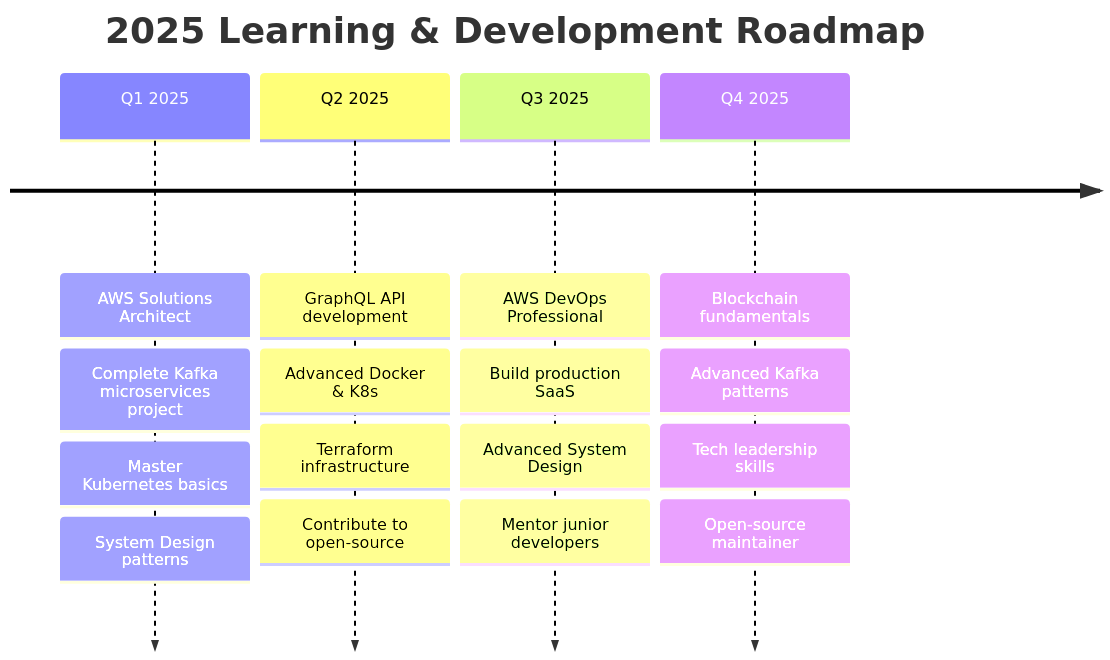
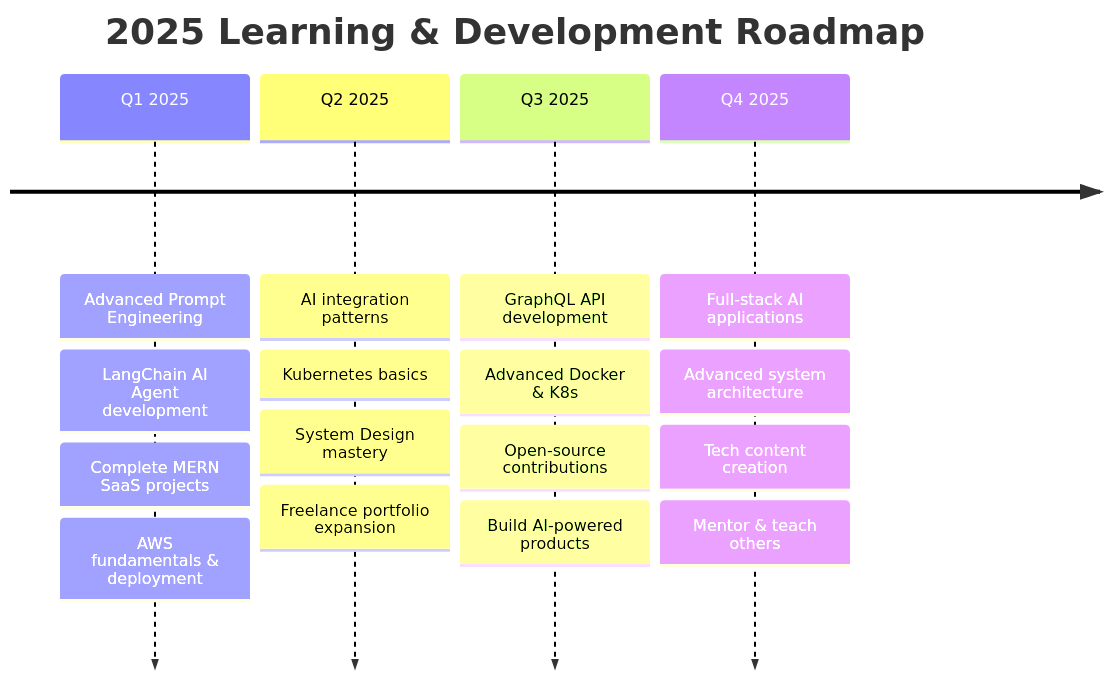
The second of 2 diagrams in README.md (Aiden781Xx/Aiden781Xx), drawn with Mermaid before and after one commit. The commit also changed other lines of this file, not shown here.

First line of the commit message:
Revise README for branding and skills update

````diff
--- a/README.md
+++ b/README.md
@@ -338,24 +363,24 @@
 ```mermaid
 timeline
     title 2025 Learning & Development Roadmap
     
-    Q1 2025 : AWS Solutions Architect
-            : Complete Kafka microservices project
-            : Master Kubernetes basics
-            : System Design patterns
+    Q1 2025 : Advanced Prompt Engineering
+            : LangChain AI Agent development
+            : Complete MERN SaaS projects
+            : AWS fundamentals & deployment
     
-    Q2 2025 : GraphQL API development
+    Q2 2025 : AI integration patterns
+            : Kubernetes basics
+            : System Design mastery
+            : Freelance portfolio expansion
+    
+    Q3 2025 : GraphQL API development
             : Advanced Docker & K8s
-            : Terraform infrastructure
-            : Contribute to open-source
+            : Open-source contributions
+            : Build AI-powered products
     
-    Q3 2025 : AWS DevOps Professional
-            : Build production SaaS
-            : Advanced System Design
-            : Mentor junior developers
-    
-    Q4 2025 : Blockchain fundamentals
-            : Advanced Kafka patterns
-            : Tech leadership skills
-            : Open-source maintainer
+    Q4 2025 : Full-stack AI applications
+            : Advanced system architecture
+            : Tech content creation
+            : Mentor & teach others
 ```
````
